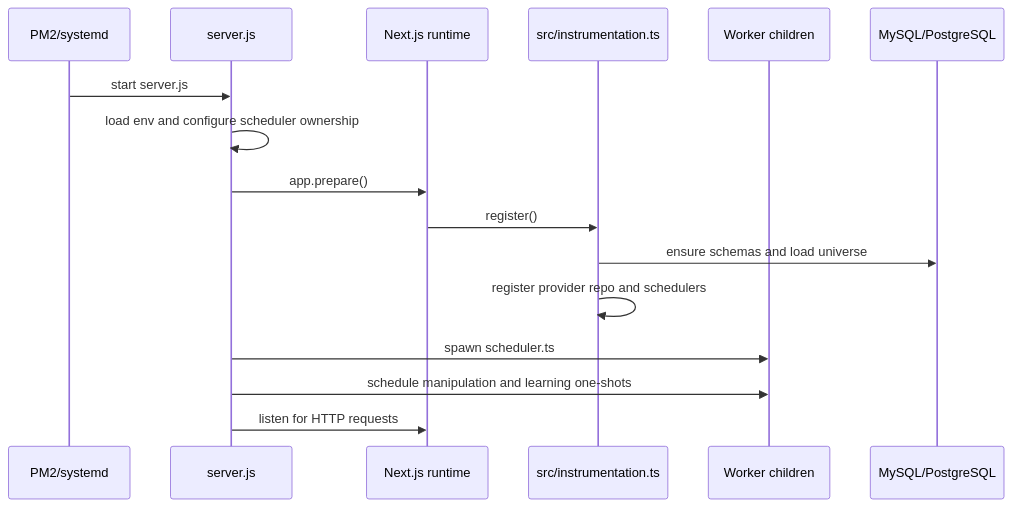
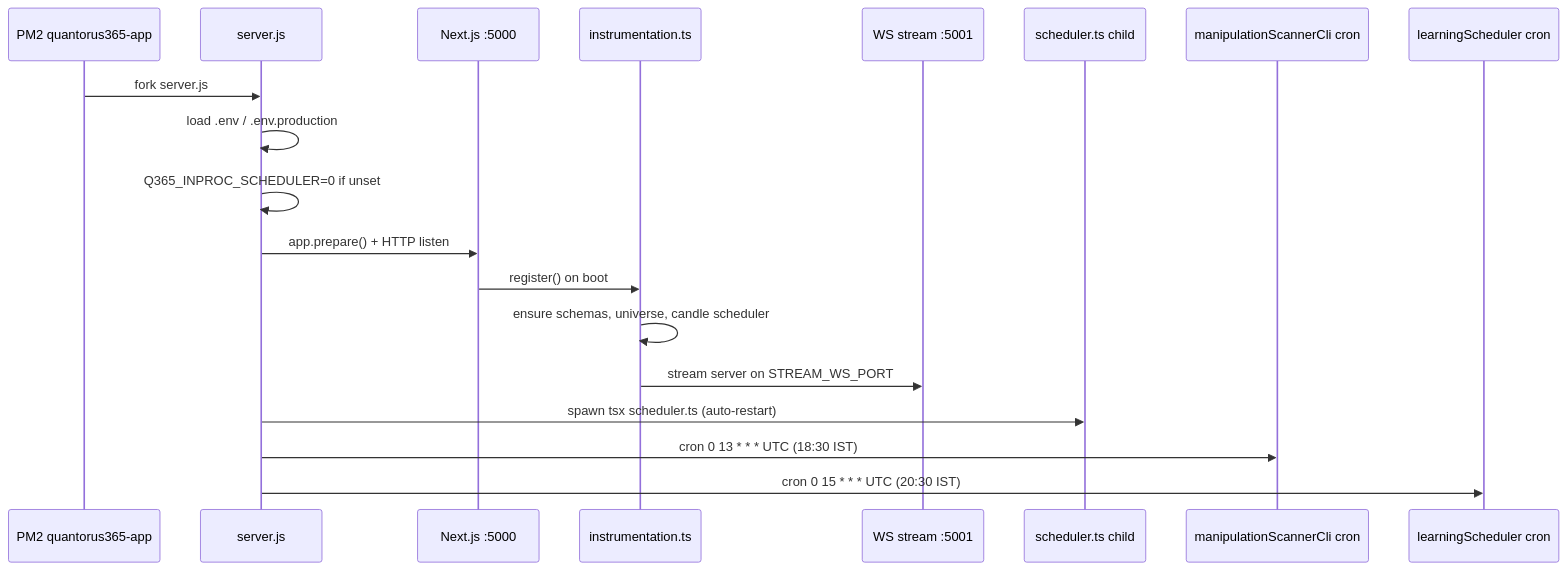
One commit to saurabhmani/api-update changed the second of 7 diagrams in ARCHITECTURE.md. Above: the diagram before and after it, drawn with Mermaid. The commit also changed other lines of this file, not shown here.

Commit message:
Architecture.md Updated

````diff
--- a/ARCHITECTURE.md
+++ b/ARCHITECTURE.md
@@ -217,19 +77,22 @@
 ```mermaid
 sequenceDiagram
-    participant PM2 as PM2/systemd
+    participant PM2 as PM2 quantorus365-app
     participant Server as server.js
-    participant Next as Next.js runtime
-    participant Instr as src/instrumentation.ts
-    participant Workers as Worker children
-    participant DB as MySQL/PostgreSQL
+    participant Next as Next.js :5000
+    participant Instr as instrumentation.ts
+    participant WS as WS stream :5001
+    participant Sched as scheduler.ts child
+    participant CronM as manipulationScannerCli cron
+    participant CronL as learningScheduler cron
 
-    PM2->>Server: start server.js
-    Server->>Server: load env and configure scheduler ownership
-    Server->>Next: app.prepare()
-    Next->>Instr: register()
-    Instr->>DB: ensure schemas and load universe
-    Instr->>Instr: register provider repo and schedulers
-    Server->>Workers: spawn scheduler.ts
-    Server->>Workers: schedule manipulation and learning one-shots
-    Server->>Next: listen for HTTP requests
+    PM2->>Server: fork server.js
+    Server->>Server: load .env / .env.production
+    Server->>Server: Q365_INPROC_SCHEDULER=0 if unset
+    Server->>Next: app.prepare() + HTTP listen
+    Next->>Instr: register() on boot
+    Instr->>Instr: ensure schemas, universe, candle scheduler
+  Instr->>WS: stream server on STREAM_WS_PORT
+    Server->>Sched: spawn tsx scheduler.ts (auto-restart)
+    Server->>CronM: cron 0 13 * * * UTC (18:30 IST)
+    Server->>CronL: cron 0 15 * * * UTC (20:30 IST)
 ```
````
